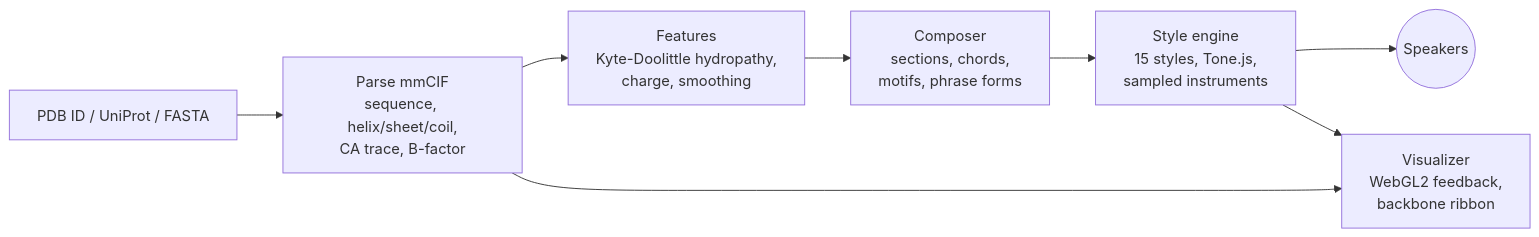
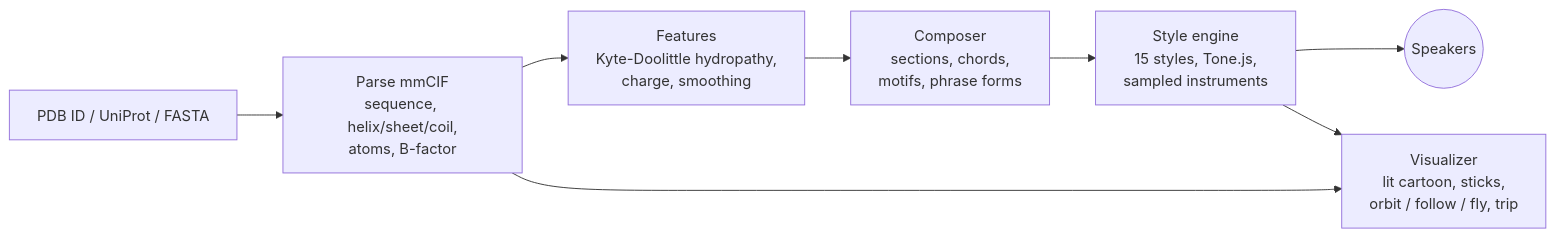
Before and after one commit to franzdietzmeyer/hydrophonic: the diagram in README.md, drawn with Mermaid. The commit also changed other lines of this file and 9 other files, not shown here.

Commit message:
README: fly-through hero animation, follow and trip GIFs, new screenshots

````diff
--- a/README.md
+++ b/README.md
@@ -42,10 +44,10 @@
 ```mermaid
 flowchart LR
-    A[PDB ID / UniProt / FASTA] --> B[Parse mmCIF<br/>sequence, helix/sheet/coil,<br/>CA trace, B-factor]
+    A[PDB ID / UniProt / FASTA] --> B[Parse mmCIF<br/>sequence, helix/sheet/coil,<br/>atoms, B-factor]
     B --> C[Features<br/>Kyte-Doolittle hydropathy,<br/>charge, smoothing]
     C --> D[Composer<br/>sections, chords,<br/>motifs, phrase forms]
     D --> E[Style engine<br/>15 styles, Tone.js,<br/>sampled instruments]
     E --> F((Speakers))
-    E --> G[Visualizer<br/>WebGL2 feedback,<br/>backbone ribbon]
+    E --> G[Visualizer<br/>lit cartoon, sticks,<br/>orbit / follow / fly, trip]
     B --> G
 ```
````
